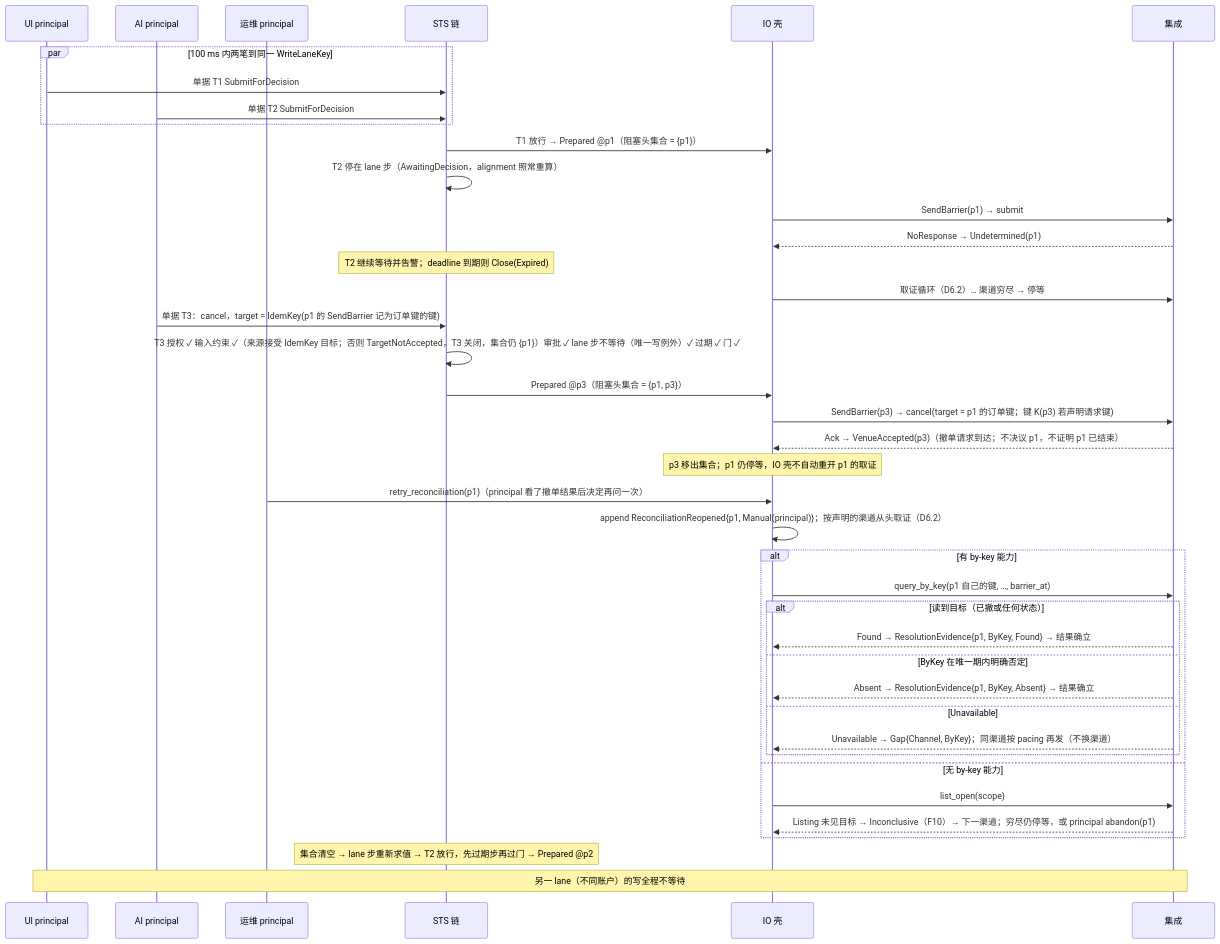
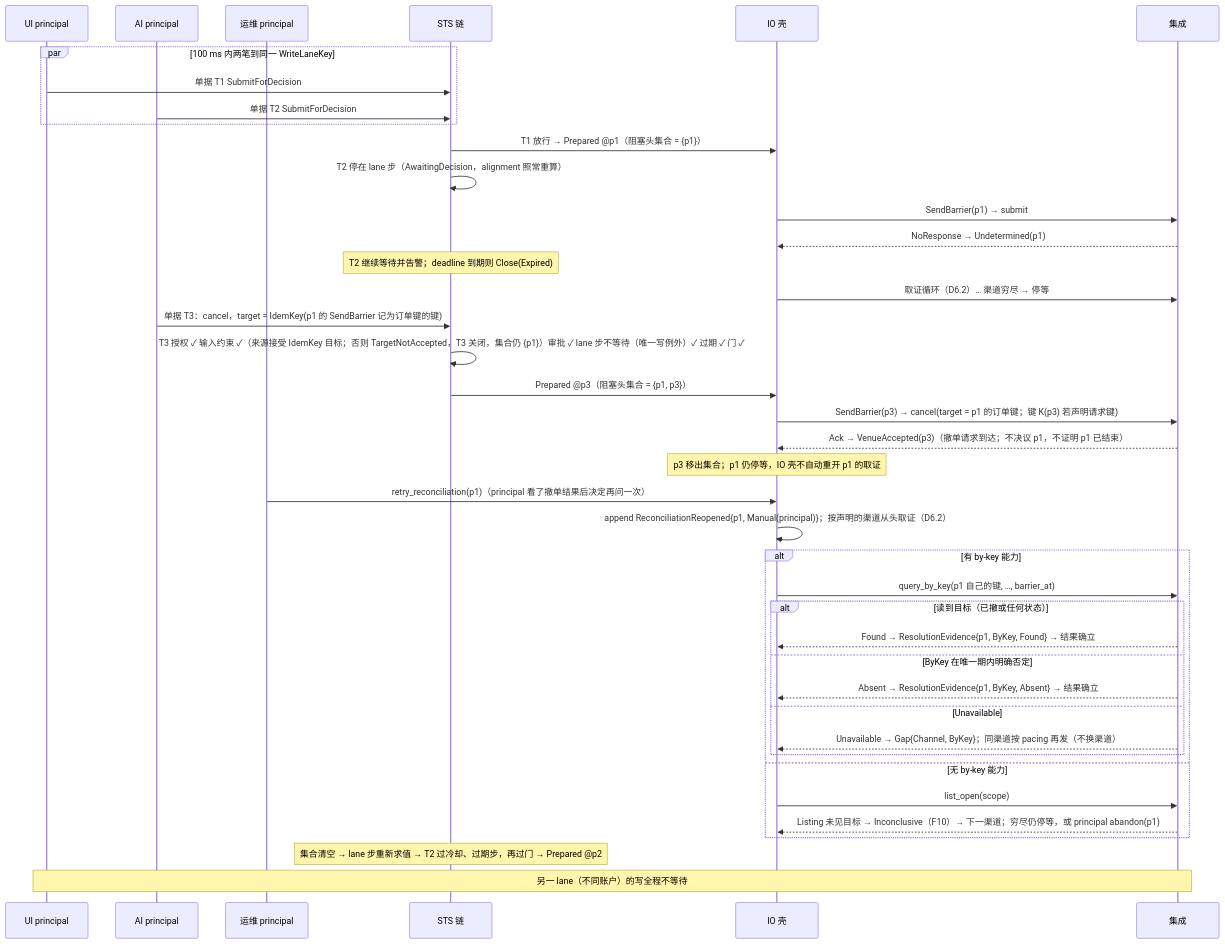
Before and after one commit to mouriya-s-lab/uta: the seventh of 7 diagrams in design/diagrams/06-io-shell-attempt.md, drawn with Mermaid. The commit also changed other lines of this file and 5 other files, not shown here.

````diff
--- a/design/diagrams/06-io-shell-attempt.md
+++ b/design/diagrams/06-io-shell-attempt.md
@@ -265,42 +266,42 @@
 ```mermaid
 sequenceDiagram
   participant UI as UI principal
   participant AI as AI principal
   participant OP as 运维 principal
   participant S as STS 链
   participant IO as IO 壳
   participant I as 集成
   par 100 ms 内两笔到同一 WriteLaneKey
     UI->>S: 单据 T1 SubmitForDecision
     AI->>S: 单据 T2 SubmitForDecision
   end
   S->>IO: T1 放行 → Prepared @p1（阻塞头集合 = {p1}）
   S->>S: T2 停在 lane 步（AwaitingDecision，alignment 照常重算）
   IO->>I: SendBarrier(p1) → submit
   I-->>IO: NoResponse → Undetermined(p1)
   Note over S: T2 继续等待并告警；deadline 到期则 Close(Expired)
   IO->>I: 取证循环（D6.2）… 渠道穷尽 → 停等
   AI->>S: 单据 T3：cancel，target = IdemKey(p1 的 SendBarrier 记为订单键的键)
   S->>S: T3 授权 ✓ 输入约束 ✓（来源接受 IdemKey 目标；否则 TargetNotAccepted，T3 关闭，集合仍 {p1}）审批 ✓ lane 步不等待（唯一写例外）✓ 过期 ✓ 门 ✓
   S->>IO: Prepared @p3（阻塞头集合 = {p1, p3}）
   IO->>I: SendBarrier(p3) → cancel(target = p1 的订单键；键 K(p3) 若声明请求键)
   I-->>IO: Ack → VenueAccepted(p3)（撤单请求到达；不决议 p1，不证明 p1 已结束）
   Note over IO: p3 移出集合；p1 仍停等，IO 壳不自动重开 p1 的取证
   OP->>IO: retry_reconciliation(p1)（principal 看了撤单结果后决定再问一次）
   IO->>IO: append ReconciliationReopened{p1, Manual(principal)}；按声明的渠道从头取证（D6.2）
   alt 有 by-key 能力
     IO->>I: query_by_key(p1 自己的键, …, barrier_at)
     alt 读到目标（已撤或任何状态）
       I-->>IO: Found → ResolutionEvidence{p1, ByKey, Found} → 结果确立
     else ByKey 在唯一期内明确否定
       I-->>IO: Absent → ResolutionEvidence{p1, ByKey, Absent} → 结果确立
     else Unavailable
       I-->>IO: Unavailable → Gap{Channel, ByKey}；同渠道按 pacing 再发（不换渠道）
     end
   else 无 by-key 能力
     IO->>I: list_open(scope)
     I-->>IO: Listing 未见目标 → Inconclusive（F10）→ 下一渠道；穷尽仍停等，或 principal abandon(p1)
   end
-  Note over S: 集合清空 → lane 步重新求值 → T2 放行，先过期步再过门 → Prepared @p2
+  Note over S: 集合清空 → lane 步重新求值 → T2 过冷却、过期步，再过门 → Prepared @p2
   Note over UI,I: 另一 lane（不同账户）的写全程不等待
 ```
````
